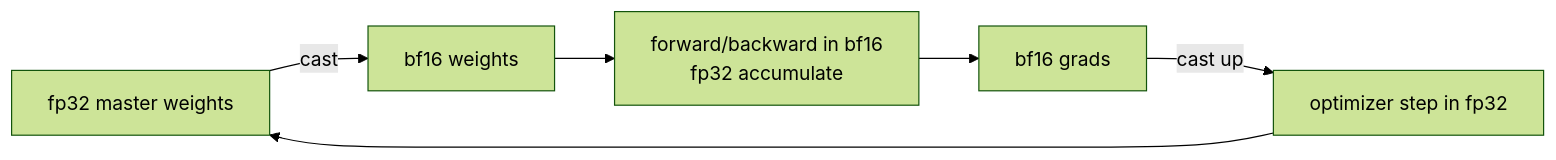
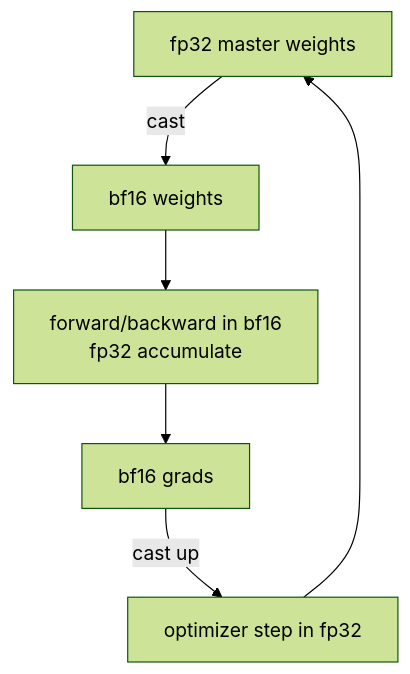
One commit to youyun8/deep-kernel-handbook changed the diagram in docs/foundations/numerics-precision.md. Above: the diagram before and after it, drawn with Mermaid (forest theme). The commit also changed 36 other files, not shown here.

````diff
--- a/docs/foundations/numerics-precision.md
+++ b/docs/foundations/numerics-precision.md
@@ -74,8 +74,8 @@
 ```mermaid
-flowchart LR
+flowchart TB
     W32[fp32 master weights] -->|cast| W16[bf16 weights]
     W16 --> FWD[forward/backward in bf16<br/>fp32 accumulate]
     FWD --> G16[bf16 grads]
     G16 -->|cast up| OPT[optimizer step in fp32]
     OPT --> W32
 ```
````
